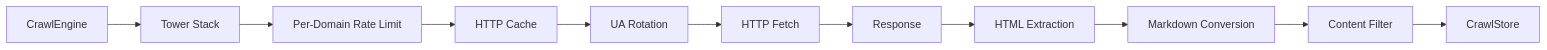
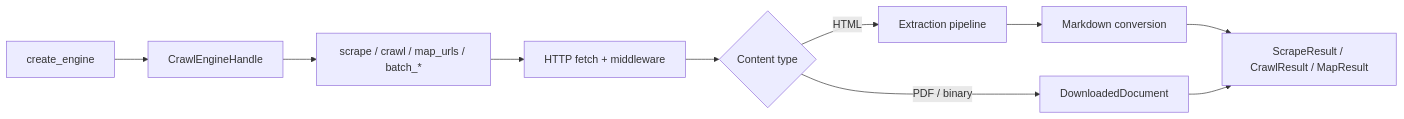
One commit to kreuzberg-dev/kreuzcrawl changed the diagram in docs/concepts/architecture.md. Above: the diagram before and after it, drawn with Mermaid. The commit also changed other lines of this file and 1 other file, not shown here.

````diff
--- a/docs/concepts/architecture.md
+++ b/docs/concepts/architecture.md
@@ -7,13 +23,12 @@
 ```mermaid
 graph LR
-    A[CrawlEngine] --> B[Tower Stack]
-    B --> C[Per-Domain Rate Limit]
-    C --> D[HTTP Cache]
-    D --> E[UA Rotation]
-    E --> F[HTTP Fetch]
-    F --> G[Response]
-    G --> H[HTML Extraction]
-    H --> I[Markdown Conversion]
-    I --> J[Content Filter]
-    J --> K[CrawlStore]
+    A[create_engine] --> B[CrawlEngineHandle]
+    B --> S[scrape / crawl / map_urls / batch_*]
+    S --> H[HTTP fetch + middleware]
+    H --> R{Content type}
+    R -->|HTML| E[Extraction pipeline]
+    R -->|PDF / binary| D[DownloadedDocument]
+    E --> M[Markdown conversion]
+    M --> O[ScrapeResult / CrawlResult / MapResult]
+    D --> O
 ```
````
